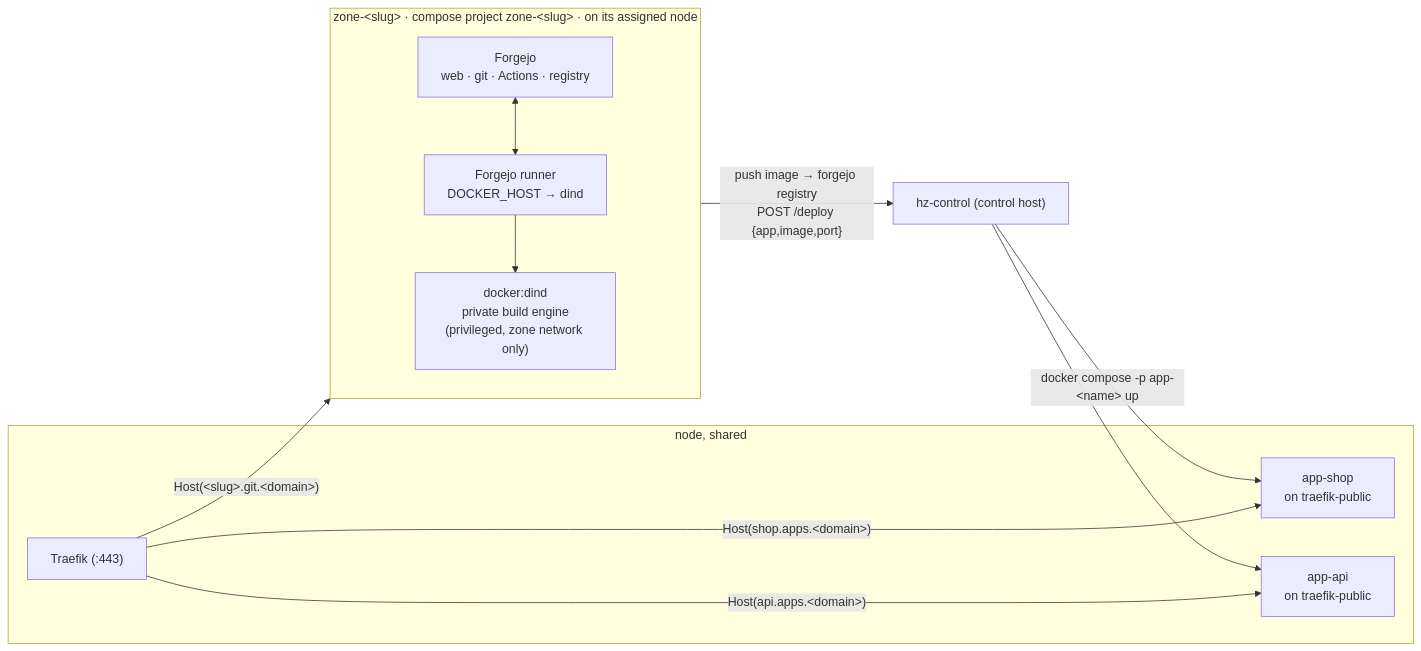
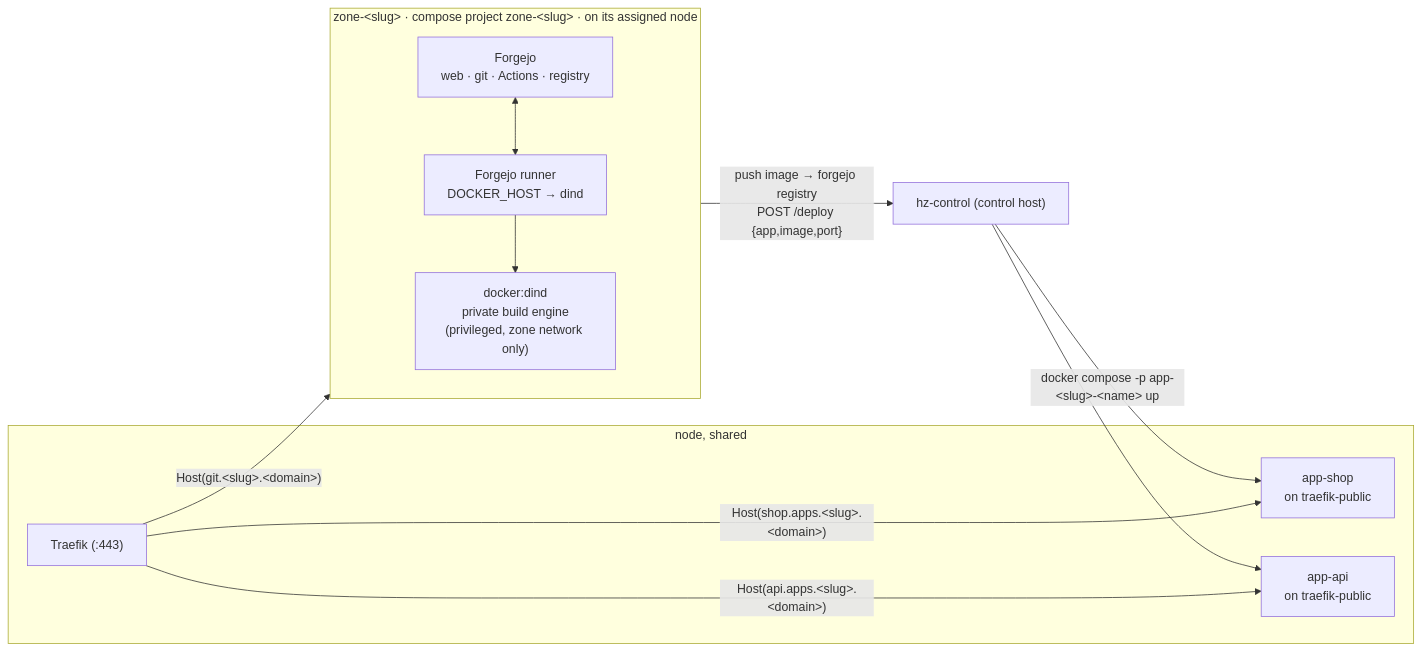
One commit to johnjoeallen/ignition changed the second of 4 diagrams in docs/architecture.md. Above: the diagram before and after it, drawn with Mermaid. The commit also changed other lines of this file and 19 other files, not shown here.

First line of the commit message:
Namespace every zone under <slug>.<BASE_DOMAIN>

````diff
--- a/docs/architecture.md
+++ b/docs/architecture.md
@@ -64,25 +68,25 @@
 ```mermaid
 flowchart LR
     subgraph zone["zone-&lt;slug&gt;  ·  compose project zone-&lt;slug&gt;  ·  on its assigned node"]
         direction TB
         forgejo["Forgejo<br/>web · git · Actions · registry"]
         dind["docker:dind<br/>private build engine<br/>(privileged, zone network only)"]
         runner["Forgejo runner<br/>DOCKER_HOST → dind"]
         forgejo <--> runner
         runner --> dind
     end
 
     subgraph shared["node, shared"]
         traefik["Traefik  (:443)"]
         app1["app-shop<br/>on traefik-public"]
         app2["app-api<br/>on traefik-public"]
     end
 
     cp["hz-control (control host)"]
-    traefik -->|"Host(&lt;slug&gt;.git.&lt;domain&gt;)"| forgejo
+    traefik -->|"Host(git.&lt;slug&gt;.&lt;domain&gt;)"| forgejo
     runner -->|"push image → forgejo registry<br/>POST /deploy {app,image,port}"| cp
-    cp -->|"docker compose -p app-&lt;name&gt; up"| app1
+    cp -->|"docker compose -p app-&lt;slug&gt;-&lt;name&gt; up"| app1
     cp --> app2
-    traefik -->|"Host(shop.apps.&lt;domain&gt;)"| app1
-    traefik -->|"Host(api.apps.&lt;domain&gt;)"| app2
+    traefik -->|"Host(shop.apps.&lt;slug&gt;.&lt;domain&gt;)"| app1
+    traefik -->|"Host(api.apps.&lt;slug&gt;.&lt;domain&gt;)"| app2
 ```
````
